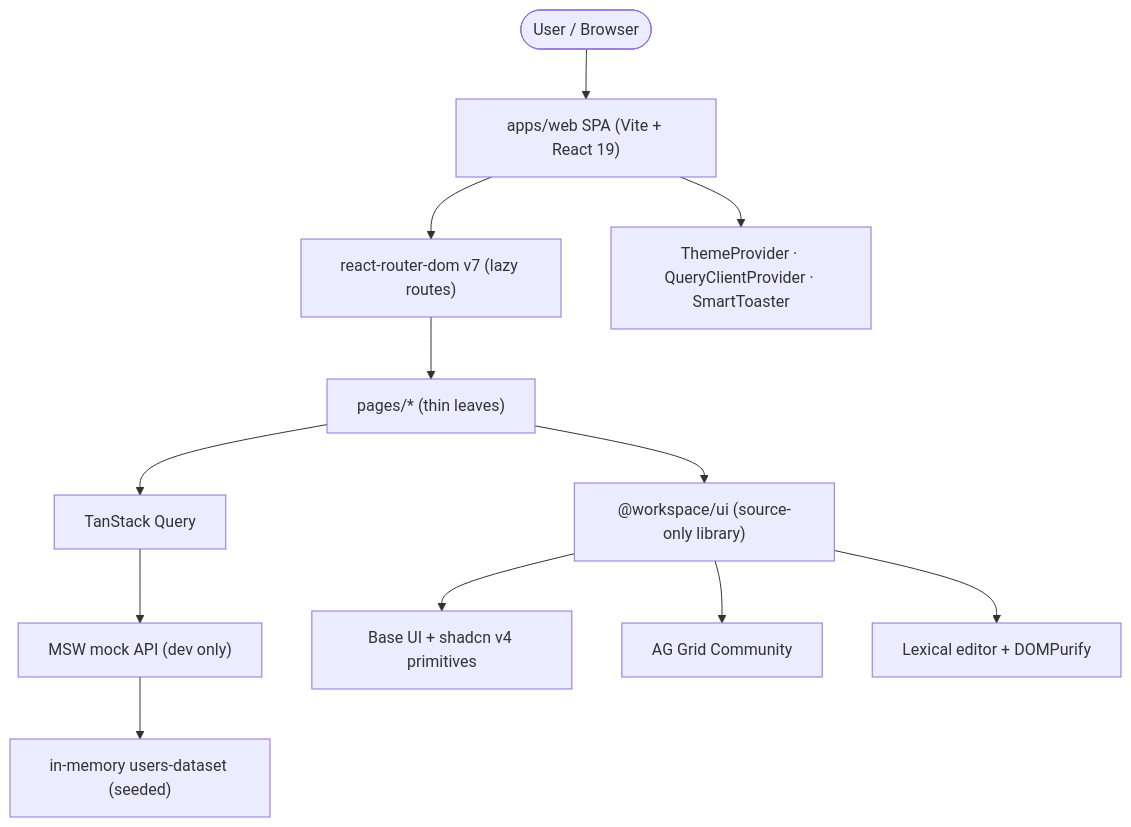
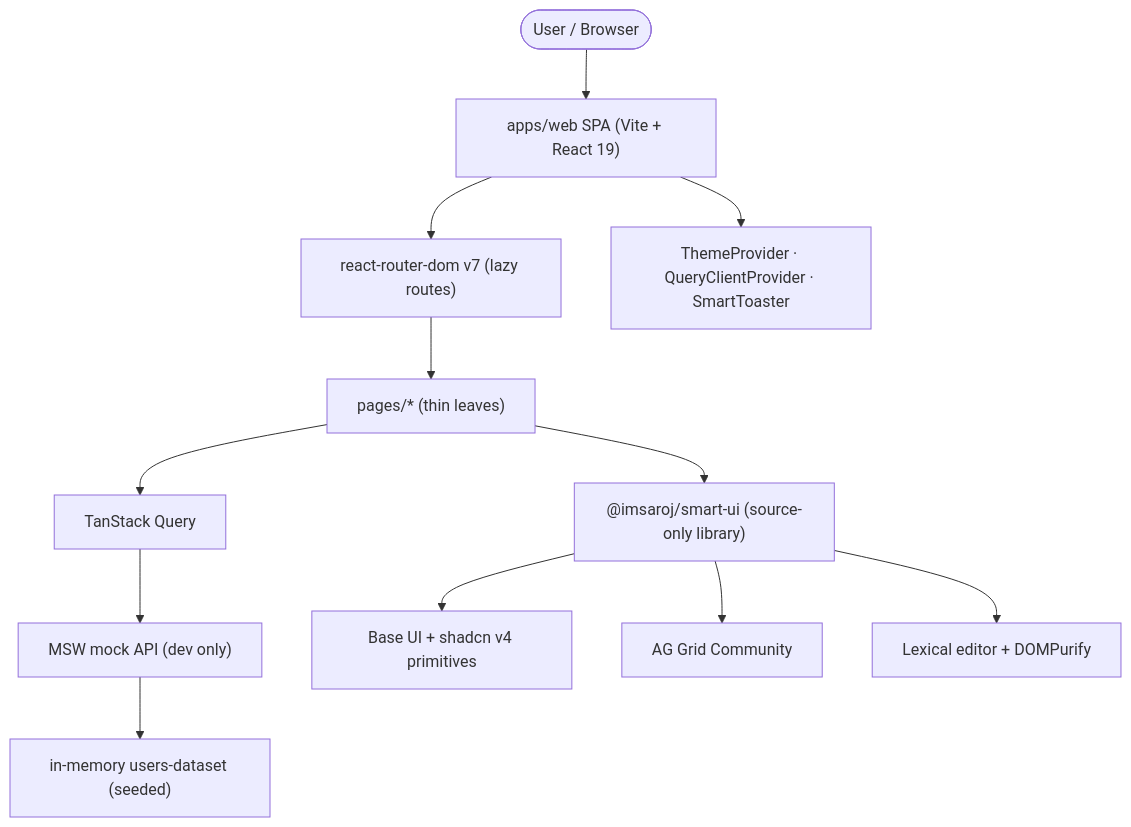
The fifth of 12 diagrams in ARCHITECTURE.md (imsaroj/automatic-octo-fiesta), drawn with Mermaid before and after one commit. The commit also changed other lines of this file and 251 other files, not shown here.

First line of the commit message:
feat: publish @imsaroj/smart-ui to npm via semantic-release

````diff
--- a/ARCHITECTURE.md
+++ b/ARCHITECTURE.md
@@ -754,15 +758,15 @@
 ```mermaid
 flowchart TD
   user([User / Browser])
   user --> spa["apps/web SPA (Vite + React 19)"]
   spa --> router["react-router-dom v7 (lazy routes)"]
   spa --> providers["ThemeProvider · QueryClientProvider · SmartToaster"]
   router --> pages["pages/* (thin leaves)"]
-  pages --> uilib["@workspace/ui (source-only library)"]
+  pages --> uilib["@imsaroj/smart-ui (source-only library)"]
   pages --> query["TanStack Query"]
   query --> msw["MSW mock API (dev only)"]
   msw --> dataset["in-memory users-dataset (seeded)"]
   uilib --> baseui["Base UI + shadcn v4 primitives"]
   uilib --> aggrid["AG Grid Community"]
   uilib --> lexical["Lexical editor + DOMPurify"]
 ```
````
